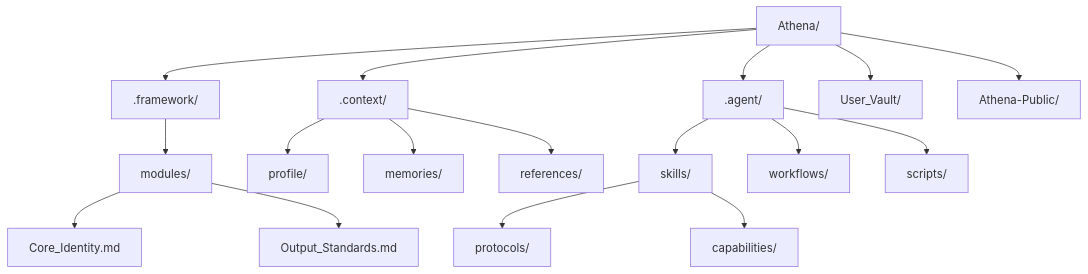
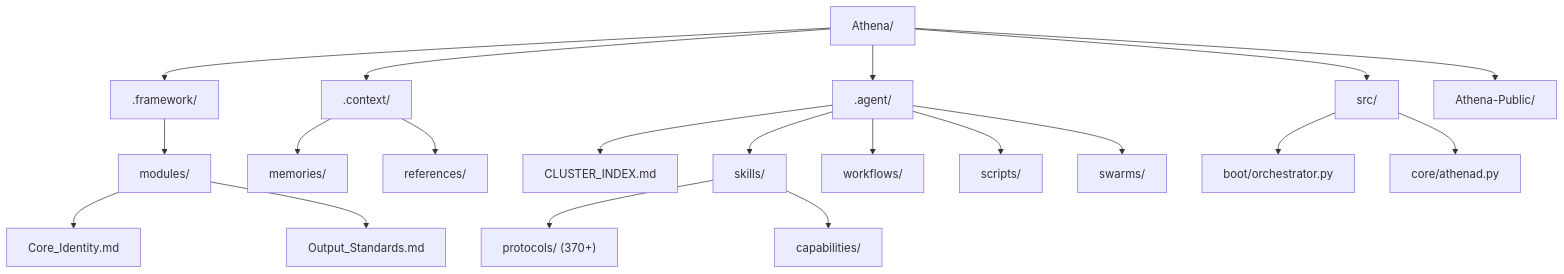
Before and after one commit to agent-memory-atlas-archive/winstonkoh87--Athena-Public: the first of 9 diagrams in docs/ARCHITECTURE.md, drawn with Mermaid. The commit also changed other lines of this file, not shown here.

First line of the commit message:
docs: GTO rewrite of ARCHITECTURE.md for v9.4.0

````diff
--- a/docs/ARCHITECTURE.md
+++ b/docs/ARCHITECTURE.md
@@ -84,23 +98,27 @@
 ```mermaid
 graph TD
     ROOT[Athena/] --> FRAMEWORK[.framework/]
     ROOT --> CONTEXT[.context/]
     ROOT --> AGENT[.agent/]
-    ROOT --> VAULT[User_Vault/]
+    ROOT --> SRC[src/]
     ROOT --> PUBLIC[Athena-Public/]
-    
+
     FRAMEWORK --> FW_MODULES[modules/]
     FW_MODULES --> CORE_ID[Core_Identity.md]
     FW_MODULES --> OUTPUT[Output_Standards.md]
-    
-    CONTEXT --> PROFILE[profile/]
+
     CONTEXT --> MEMORIES[memories/]
     CONTEXT --> REFS[references/]
-    
+
+    AGENT --> CLUSTER_IDX[CLUSTER_INDEX.md]
     AGENT --> SKILLS[skills/]
     AGENT --> WORKFLOWS[workflows/]
     AGENT --> SCRIPTS[scripts/]
-    
-    SKILLS --> PROTOCOLS[protocols/]
+    AGENT --> SWARMS[swarms/]
+
+    SKILLS --> PROTOCOLS["protocols/ (370+)"]
     SKILLS --> CAPS[capabilities/]
+
+    SRC --> BOOT[boot/orchestrator.py]
+    SRC --> CORE[core/athenad.py]
 ```
````
